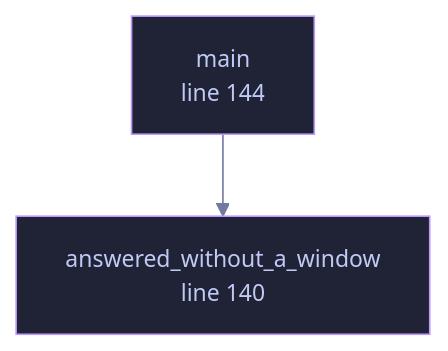
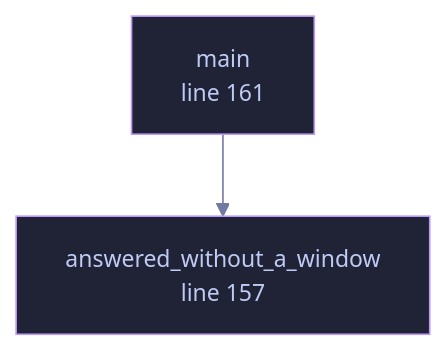
One commit to tilas01/veilvoice changed the diagram in wiki/File-veilvoice-gui-main.md. Above: the diagram before and after it, drawn with Mermaid. The commit also changed other lines of this file and 72 other files, not shown here.

````diff
--- a/wiki/File-veilvoice-gui-main.md
+++ b/wiki/File-veilvoice-gui-main.md
@@ -74,13 +74,13 @@
 ```mermaid
 %%{init: {"theme":"base","themeVariables":{"background":"#1a1b26","primaryColor":"#1f2335","primaryTextColor":"#c0caf5","primaryBorderColor":"#7aa2f7","secondaryColor":"#16161e","tertiaryColor":"#16161e","lineColor":"#737aa2","textColor":"#c0caf5","mainBkg":"#1f2335","nodeBorder":"#7aa2f7","clusterBkg":"#16161e","clusterBorder":"#2f3549","fontFamily":"ui-monospace, SFMono-Regular, Consolas, monospace","fontSize":"14px"}}}%%
 flowchart TD
-    n_answered_without_a_window["answered_without_a_window<br/>line 113"]
-    n_answered_without_a_window["answered_without_a_window<br/>line 140"]
-    n_main["main<br/>line 144"]
+    n_answered_without_a_window["answered_without_a_window<br/>line 116"]
+    n_answered_without_a_window["answered_without_a_window<br/>line 157"]
+    n_main["main<br/>line 161"]
     n_main --> n_answered_without_a_window
-    click n_answered_without_a_window href "https://github.com/tilas01/veilvoice/blob/main/crates/veilvoice-gui/src/main.rs#L113" "open the source"
-    click n_answered_without_a_window href "https://github.com/tilas01/veilvoice/blob/main/crates/veilvoice-gui/src/main.rs#L140" "open the source"
-    click n_main href "https://github.com/tilas01/veilvoice/blob/main/crates/veilvoice-gui/src/main.rs#L144" "open the source"
+    click n_answered_without_a_window href "https://github.com/tilas01/veilvoice/blob/main/crates/veilvoice-gui/src/main.rs#L116" "open the source"
+    click n_answered_without_a_window href "https://github.com/tilas01/veilvoice/blob/main/crates/veilvoice-gui/src/main.rs#L157" "open the source"
+    click n_main href "https://github.com/tilas01/veilvoice/blob/main/crates/veilvoice-gui/src/main.rs#L161" "open the source"
     classDef helper fill:#1f2335,stroke:#bb9af7,color:#c0caf5
     class n_answered_without_a_window,n_answered_without_a_window,n_main helper
 ```
````
